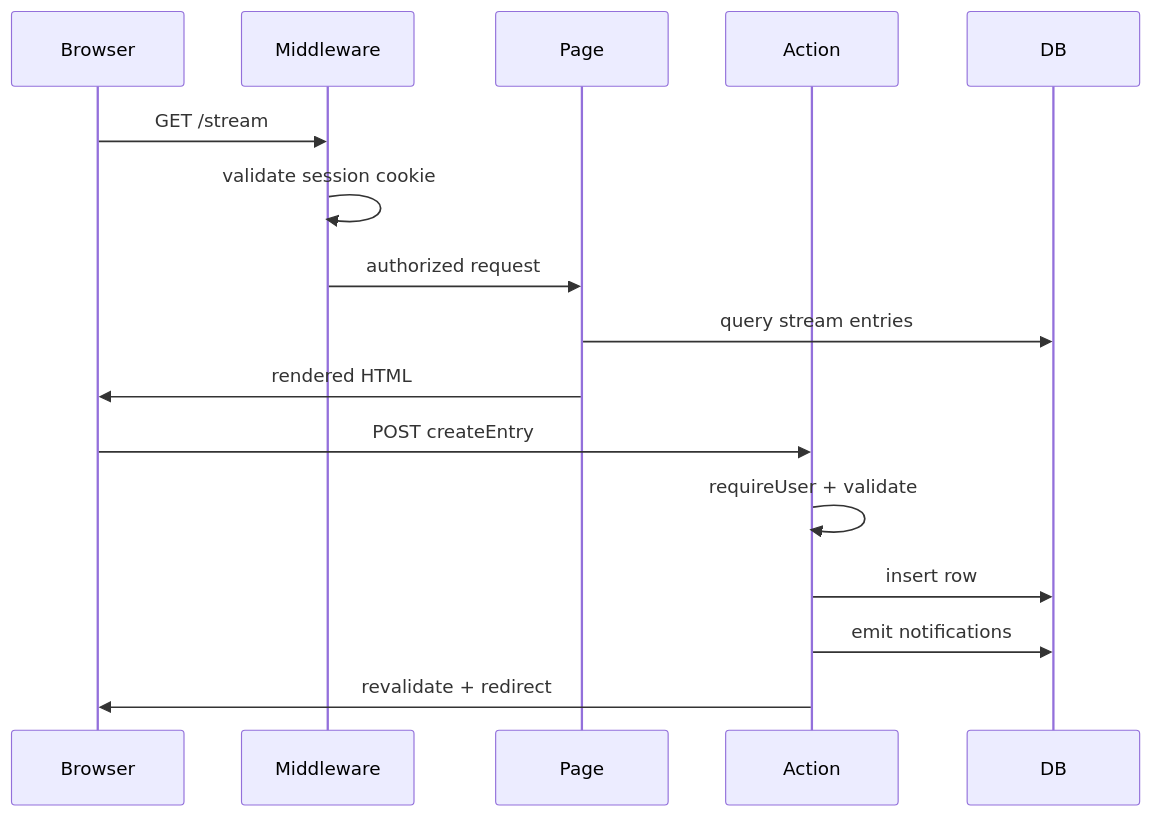
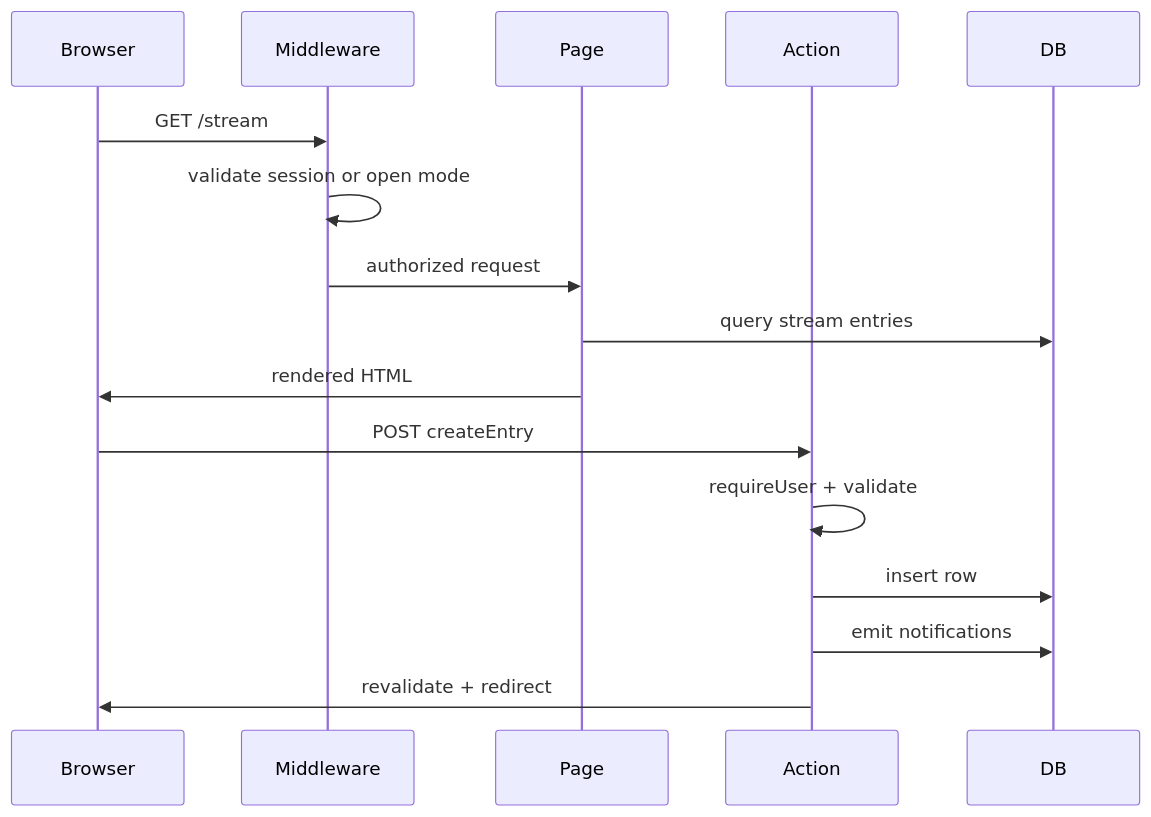
The second of 5 diagrams in docs/architecture/index.md (csubj/hearth), drawn with Mermaid before and after one commit. The commit also changed other lines of this file and 142 other files, not shown here.

````diff
--- a/docs/architecture/index.md
+++ b/docs/architecture/index.md
@@ -52,20 +61,20 @@
 ```mermaid
 sequenceDiagram
   participant Browser
   participant Middleware
   participant Page
   participant Action
   participant DB
 
   Browser->>Middleware: GET /stream
-  Middleware->>Middleware: validate session cookie
+  Middleware->>Middleware: validate session or open mode
   Middleware->>Page: authorized request
   Page->>DB: query stream entries
   Page->>Browser: rendered HTML
 
   Browser->>Action: POST createEntry
   Action->>Action: requireUser + validate
   Action->>DB: insert row
   Action->>DB: emit notifications
   Action->>Browser: revalidate + redirect
 ```
````
